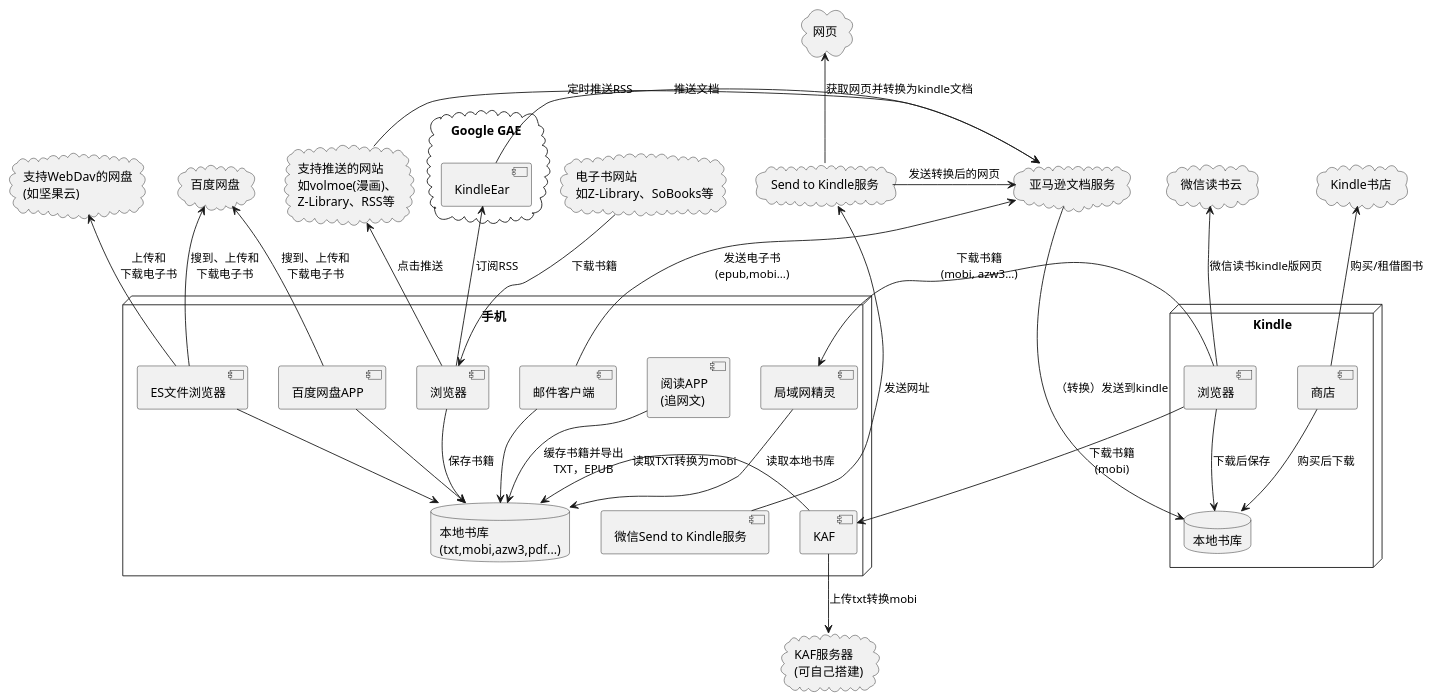
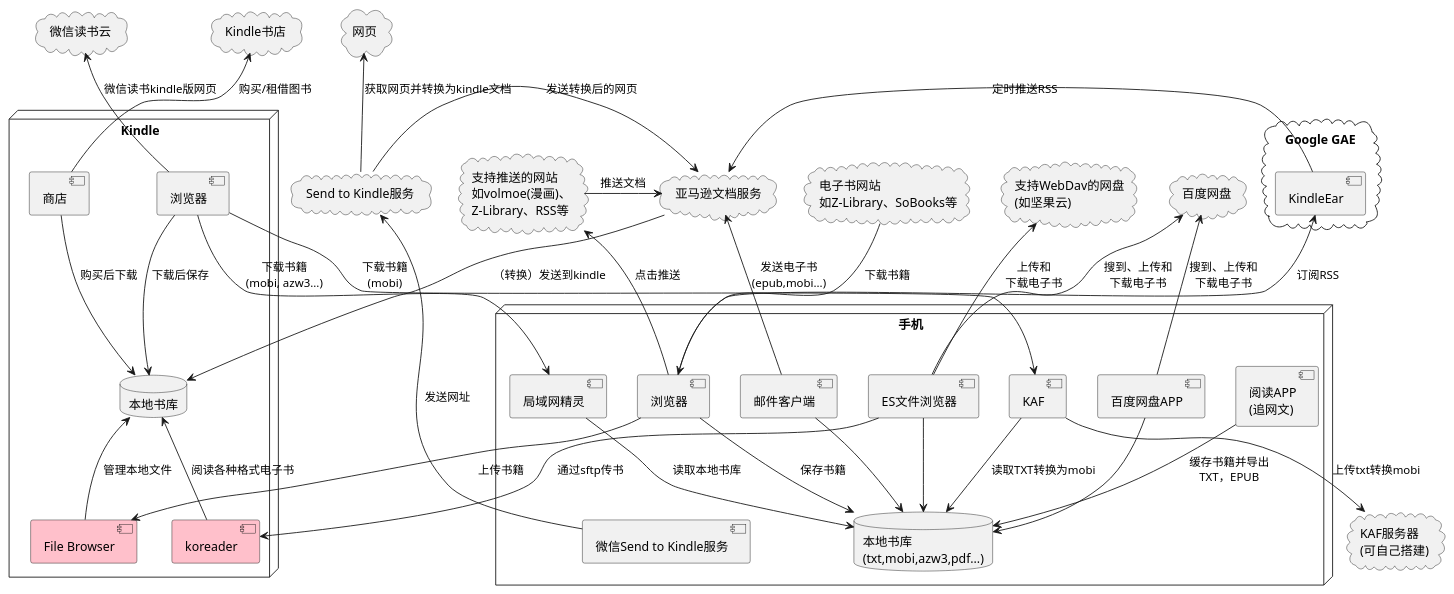
One commit to hjianhao/docs changed the diagram in digital/EINK/images/kindle-book-src/overview.puml. Above: the diagram before and after it, drawn with PlantUML. The commit also changed 1 other file, not shown here.

```diff
--- a/digital/EINK/images/kindle-book-src/overview.puml
+++ b/digital/EINK/images/kindle-book-src/overview.puml
@@ -1,79 +1,86 @@
 @startuml kindle-overview
 
 node Kindle as kindle {
     component 浏览器 as kbrow
     component 商店 as kshop
+    component "File Browser" as fb #Pink
+    component "koreader" as koreader #Pink
     database 本地书库 as kllib
     kshop --> kllib : 购买后下载
     kbrow --> kllib : 下载后保存
+    fb -u-> kllib : 管理本地文件
+    koreader -u-> kllib : 阅读各种格式电子书
 }
 
 node 手机 as Phone {
     component 局域网精灵 as lgenius
     component 百度网盘APP as baiduclient
     component ES文件浏览器 as esfb
     component "阅读APP\n(追网文)" as openreader
     component KAF as kaf
     component 邮件客户端 as mailclient
     component "浏览器" as pbrow
     component "微信Send to Kindle服务" as s2k
     database "本地书库\n(txt,mobi,azw3,pdf...)" as pllib
-    
+
     kbrow -> lgenius : 下载书籍\n(mobi, azw3...)
     lgenius --> pllib : 读取本地书库
     esfb --> pllib
     baiduclient --> pllib
     openreader --> pllib : 缓存书籍并导出\nTXT，EPUB
-    kaf -> pllib : 读取TXT转换为mobi
+    kaf --> pllib : 读取TXT转换为mobi
     mailclient --> pllib
     lgenius -[hidden]> mailclient
     mailclient -[hidden]> esfb
     esfb -[hidden]> baiduclient
-    lgenius -[hidden]-> kaf
+
     baiduclient -[hidden]r-> openreader
     pbrow -[hidden]-> s2k
     kbrow -> kaf : 下载书籍\n(mobi)
+    pbrow --> fb : 上传书籍
+    esfb --> koreader : 通过sftp传书
 }
 
 cloud 百度网盘 as baiducloud
 baiduclient -u-> baiducloud : 搜到、上传和\n下载电子书
 esfb -u-> baiducloud : 搜到、上传和\n下载电子书
 
 cloud "支持WebDav的网盘\n(如坚果云)" as webdavcloud
 esfb -u-> webdavcloud : 上传和\n下载电子书
 
 cloud 微信读书云 as weread
 kbrow -u-> weread : 微信读书kindle版网页
+kshop -[hidden]l- weread
 
 cloud "KAF服务器\n(可自己搭建)" as kafcloud
 kaf --> kafcloud : 上传txt转换mobi
 
 cloud "亚马逊文档服务" as adcloud
 mailclient -u-> adcloud : 发送电子书\n(epub,mobi...)
 adcloud --> kllib : （转换）发送到kindle
 
 cloud "Kindle书店" as kshopcloud
 kshop -u-> kshopcloud : 购买/租借图书
 
 cloud "支持推送的网站\n如volmoe(漫画)、\nZ-Library、RSS等" as pushcloud
 pbrow -u-> pushcloud : 点击推送
 pushcloud -> adcloud : 推送文档
 
 cloud "电子书网站\n如Z-Library、SoBooks等" as bookcloud
 pbrow <-u- bookcloud : 下载书籍
 pbrow --> pllib : 保存书籍
 
 cloud "Send to Kindle服务" as s2kcloud
 s2k -u-> s2kcloud : 发送网址
 
 cloud "网页" as webpage
 s2kcloud -u-> webpage : 获取网页并转换为kindle文档
 s2kcloud -> adcloud : 发送转换后的网页
 
 cloud "Google GAE" as gae {
     component KindleEar as kear
     kear -> adcloud : 定时推送RSS
     pbrow -u-> kear : 订阅RSS
 }
 
 @enduml
```
